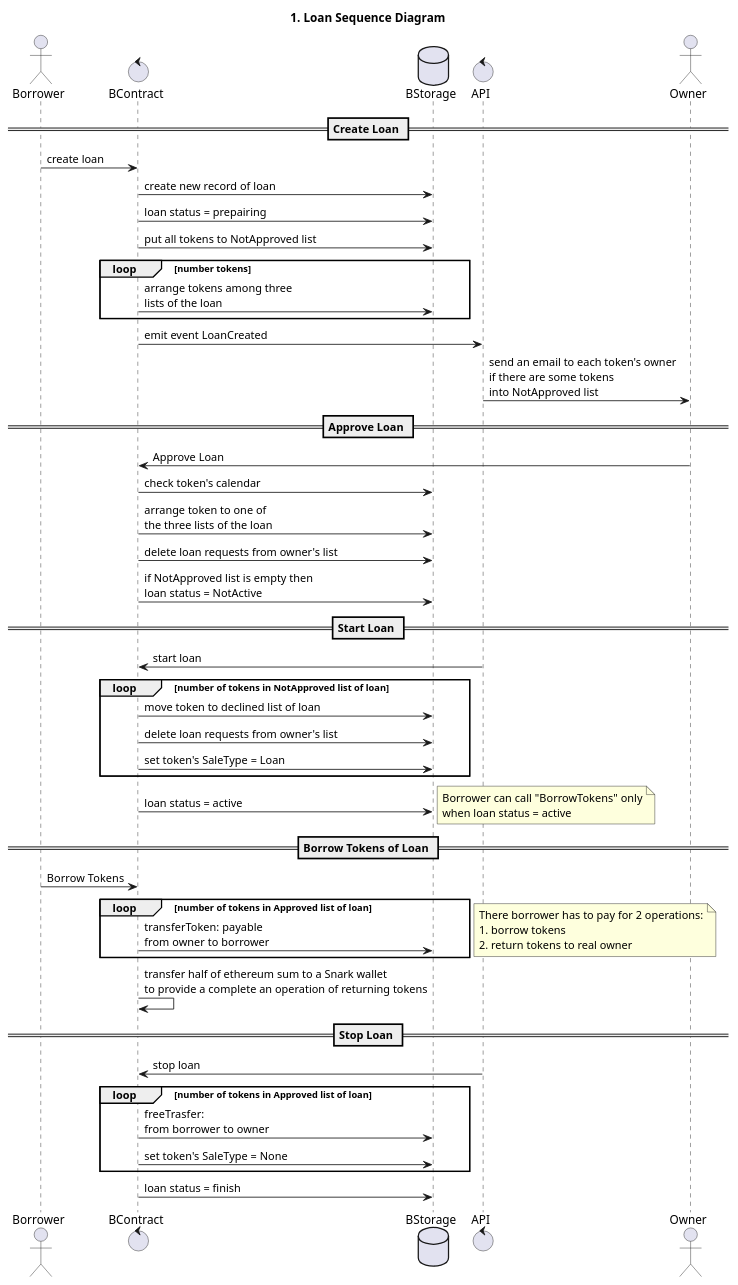
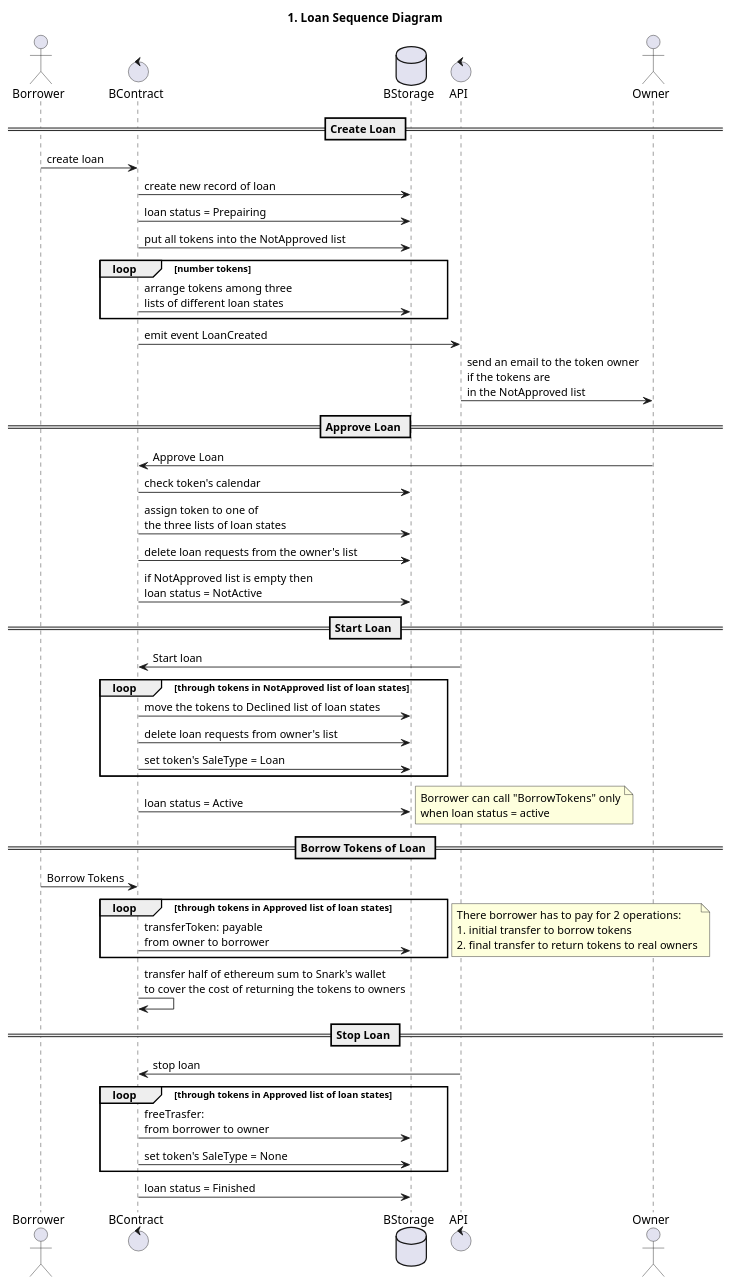
Before and after one commit to snarkdotart/snarkcontract: the diagram in diagrams/src/1. Sequence - Loan Creation.wsd, drawn with PlantUML.

Commit message:
Update 1. Sequence - Loan Creation.wsd

```diff
--- a/diagrams/src/1. Sequence - Loan Creation.wsd
+++ b/diagrams/src/1. Sequence - Loan Creation.wsd
@@ -1,70 +1,70 @@
 @startuml
 
 title 1. Loan Sequence Diagram
 
 actor Borrower
 control BContract
 database BStorage
 control API
 actor Owner
 
 == Create Loan ==
 
 Borrower -> BContract: create loan
 BContract -> BStorage: create new record of loan
-BContract -> BStorage: loan status = prepairing
-BContract -> BStorage: put all tokens to NotApproved list
+BContract -> BStorage: loan status = Prepairing
+BContract -> BStorage: put all tokens into the NotApproved list
 
 loop number tokens
-  BContract -> BStorage: arrange tokens among three\nlists of the loan
+  BContract -> BStorage: arrange tokens among three\nlists of different loan states
 end
 
 BContract -> API: emit event LoanCreated
-API -> Owner: send an email to each token's owner\nif there are some tokens\ninto NotApproved list
+API -> Owner: send an email to the token owner\nif the tokens are\nin the NotApproved list
 
 == Approve Loan ==
 
 Owner -> BContract: Approve Loan
 BContract -> BStorage: check token's calendar
-BContract -> BStorage: arrange token to one of\nthe three lists of the loan
-BContract -> BStorage: delete loan requests from owner's list
+BContract -> BStorage: assign token to one of\nthe three lists of loan states
+BContract -> BStorage: delete loan requests from the owner's list
 BContract -> BStorage: if NotApproved list is empty then\nloan status = NotActive
 
 == Start Loan ==
 
-API -> BContract: start loan
-loop number of tokens in NotApproved list of loan
-  BContract -> BStorage: move token to declined list of loan
+API -> BContract: Start loan
+loop through tokens in NotApproved list of loan states
+  BContract -> BStorage: move the tokens to Declined list of loan states
   BContract -> BStorage: delete loan requests from owner's list
   BContract -> BStorage: set token's SaleType = Loan
 end
-BContract -> BStorage: loan status = active
+BContract -> BStorage: loan status = Active
 note right
   Borrower can call "BorrowTokens" only
   when loan status = active
 end note 
 
 
 == Borrow Tokens of Loan ==
 
 Borrower -> BContract: Borrow Tokens
-loop number of tokens in Approved list of loan
+loop through tokens in Approved list of loan states
   BContract -> BStorage: transferToken: payable\nfrom owner to borrower 
 end
 note right
   There borrower has to pay for 2 operations:
-  1. borrow tokens
-  2. return tokens to real owner
+  1. initial transfer to borrow tokens
+  2. final transfer to return tokens to real owners
 end note
-BContract -> BContract: transfer half of ethereum sum to a Snark wallet\nto provide a complete an operation of returning tokens
+BContract -> BContract: transfer half of ethereum sum to Snark's wallet\nto cover the cost of returning the tokens to owners
 
 == Stop Loan ==
 
 API -> BContract: stop loan
-loop number of tokens in Approved list of loan
+loop through tokens in Approved list of loan states
   BContract -> BStorage: freeTrasfer: \nfrom borrower to owner
   BContract -> BStorage: set token's SaleType = None
 end
-BContract -> BStorage: loan status = finish
+BContract -> BStorage: loan status = Finished
 
 @enduml
```
